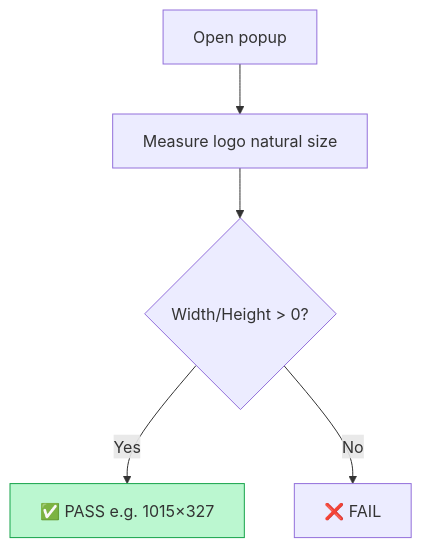
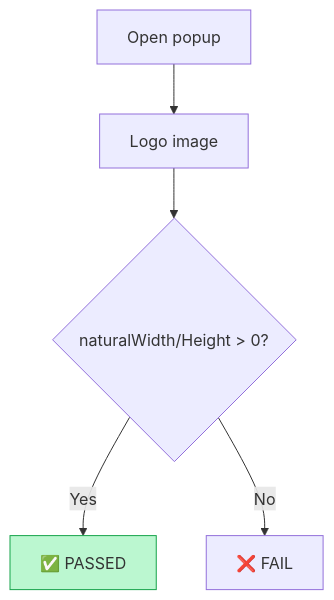
One commit to GeoWGS84-Testing/Mrsid-Extension changed the seventh of 38 diagrams in README.md. Above: the diagram before and after it, drawn with Mermaid. The commit also changed other lines of this file, not shown here.

````diff
--- a/README.md
+++ b/README.md
@@ -332,9 +363,8 @@
 ```mermaid
 flowchart TD
-  A[Open popup] --> B[Measure logo natural size]
-  B --> C{Width/Height > 0?}
-  C -->|Yes| P[✅ PASS e.g. 1015×327]
+  A[Open popup] --> B[Logo image]
+  B --> C{naturalWidth/Height > 0?}
+  C -->|Yes| P[✅ PASSED]
   C -->|No| X[❌ FAIL]
-
   style P fill:#bbf7d0,stroke:#16a34a
 ```
````
